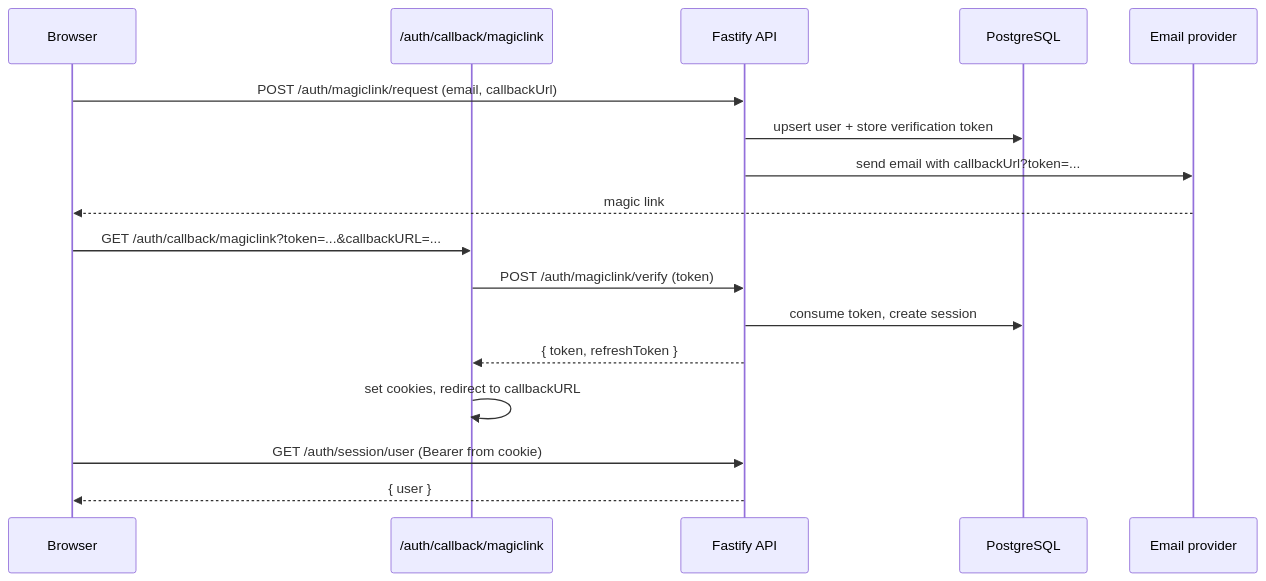
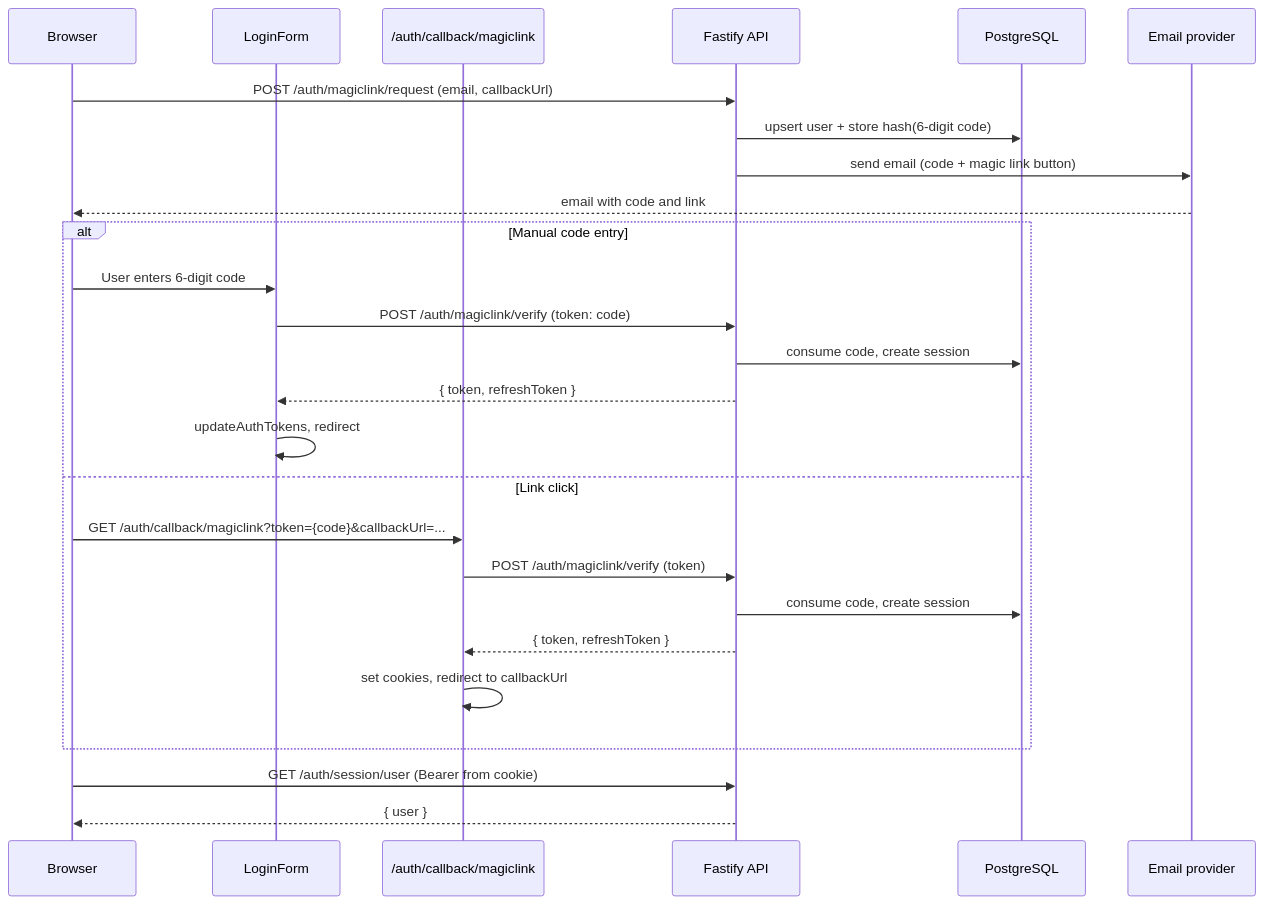
Before and after one commit to blockmatic/basilic: the eighth of 8 diagrams in apps/docu/content/docs/architecture/authentication.mdx, drawn with Mermaid. The commit also changed other lines of this file and 109 other files, not shown here.

First line of the commit message:
refactor: login, user profile, dashboard (#129)

````diff
--- a/apps/docu/content/docs/architecture/authentication.mdx
+++ b/apps/docu/content/docs/architecture/authentication.mdx
@@ -398,22 +404,31 @@
 ```mermaid
 sequenceDiagram
   participant Browser
+  participant LoginForm
   participant CallbackPage as /auth/callback/magiclink
   participant FastifyAPI as Fastify API
   participant DB as PostgreSQL
   participant Email as Email provider
 
   Browser->>FastifyAPI: POST /auth/magiclink/request (email, callbackUrl)
-  FastifyAPI->>DB: upsert user + store verification token
-  FastifyAPI->>Email: send email with callbackUrl?token=...
-  Email-->>Browser: magic link
+  FastifyAPI->>DB: upsert user + store hash(6-digit code)
+  FastifyAPI->>Email: send email (code + magic link button)
+  Email-->>Browser: email with code and link
 
-  Browser->>CallbackPage: GET /auth/callback/magiclink?token=...&callbackURL=...
-  CallbackPage->>FastifyAPI: POST /auth/magiclink/verify (token)
-  FastifyAPI->>DB: consume token, create session
-  FastifyAPI-->>CallbackPage: { token, refreshToken }
-  CallbackPage->>CallbackPage: set cookies, redirect to callbackURL
+  alt Manual code entry
+    Browser->>LoginForm: User enters 6-digit code
+    LoginForm->>FastifyAPI: POST /auth/magiclink/verify (token: code)
+    FastifyAPI->>DB: consume code, create session
+    FastifyAPI-->>LoginForm: { token, refreshToken }
+    LoginForm->>LoginForm: updateAuthTokens, redirect
+  else Link click
+    Browser->>CallbackPage: GET /auth/callback/magiclink?token={code}&callbackUrl=...
+    CallbackPage->>FastifyAPI: POST /auth/magiclink/verify (token)
+    FastifyAPI->>DB: consume code, create session
+    FastifyAPI-->>CallbackPage: { token, refreshToken }
+    CallbackPage->>CallbackPage: set cookies, redirect to callbackUrl
+  end
 
   Browser->>FastifyAPI: GET /auth/session/user (Bearer from cookie)
   FastifyAPI-->>Browser: { user }
 ```
````
